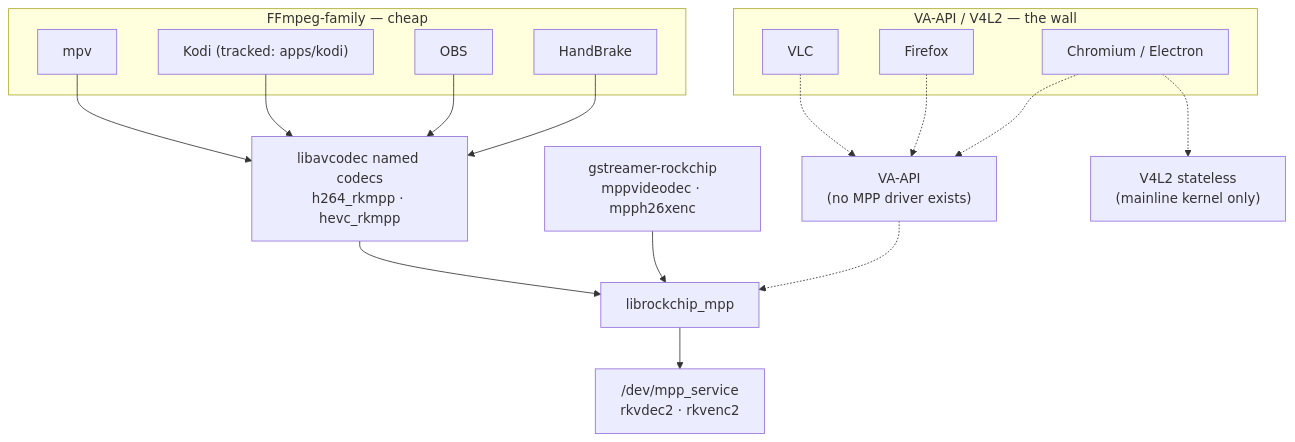
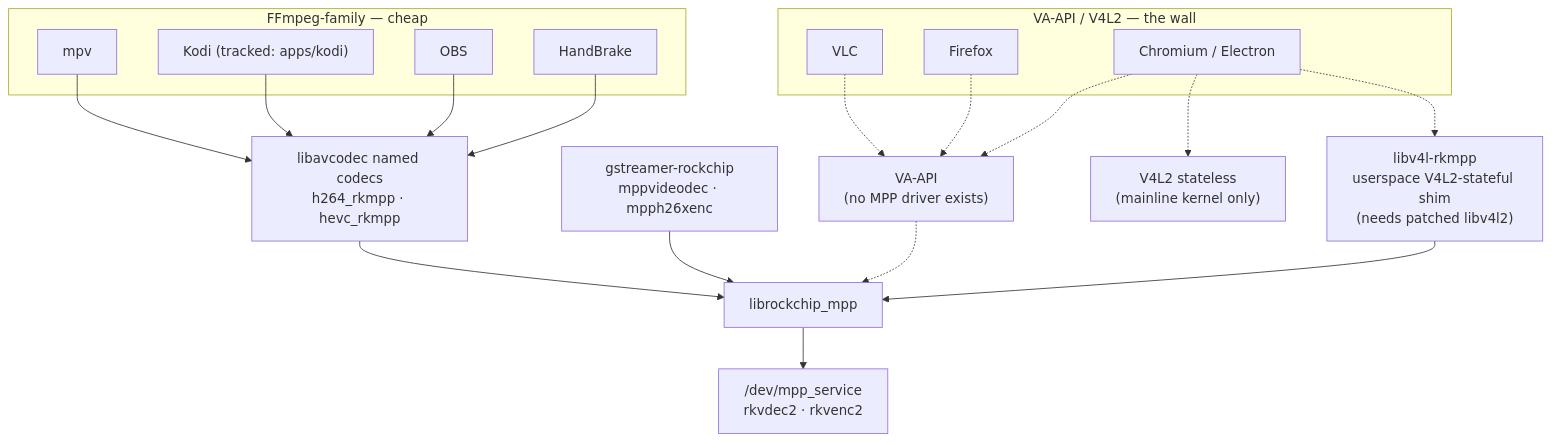
The diagram in docs/app-enablement.md (yisding/rock-5b-ysp), drawn with Mermaid before and after one commit. The commit also changed other lines of this file and 3 other files, not shown here.

````diff
--- a/docs/app-enablement.md
+++ b/docs/app-enablement.md
@@ -26,33 +28,36 @@
 ```mermaid
 flowchart TB
   subgraph cheap["FFmpeg-family — cheap"]
     mpv["mpv"]
     kodi["Kodi (tracked: apps/kodi)"]
     obs["OBS"]
     hb["HandBrake"]
   end
   subgraph hard["VA-API / V4L2 — the wall"]
     ff["Firefox"]
     cr["Chromium / Electron"]
     vlc["VLC"]
   end
   lavc["libavcodec named codecs<br/>h264_rkmpp · hevc_rkmpp"]
   gst["gstreamer-rockchip<br/>mppvideodec · mpph26xenc"]
   vaapi["VA-API<br/>(no MPP driver exists)"]
   v4l2["V4L2 stateless<br/>(mainline kernel only)"]
+  shim["libv4l-rkmpp<br/>userspace V4L2-stateful shim<br/>(needs patched libv4l2)"]
   mpplib["librockchip_mpp"]
   svc["/dev/mpp_service<br/>rkvdec2 · rkvenc2"]
 
   mpv --> lavc
   kodi --> lavc
   obs --> lavc
   hb --> lavc
   vlc -.-> vaapi
   ff -.-> vaapi
   cr -.-> vaapi
   cr -.-> v4l2
+  cr -.-> shim
   lavc --> mpplib
   gst --> mpplib
   vaapi -.-> mpplib
+  shim --> mpplib
   mpplib --> svc
 ```
````
